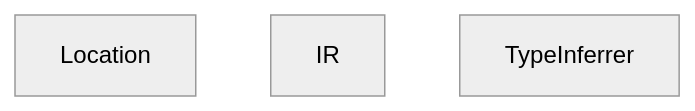
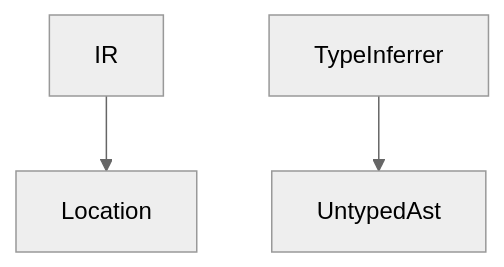
The diagram in README.md (0918nobita/waxt), drawn with Mermaid (neutral theme) before and after one commit. The commit also changed 16 other files, not shown here.

````diff
--- a/README.md
+++ b/README.md
@@ -58,6 +58,5 @@
 ```mermaid
 graph TB
-  Location
-  IR
-  TypeInferrer
+  IR-->Location
+  TypeInferrer-->UntypedAst
 ```
````
